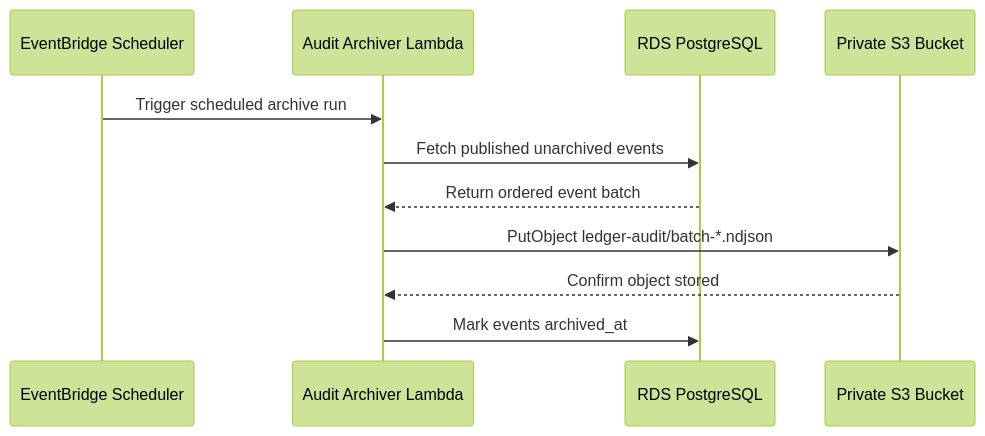
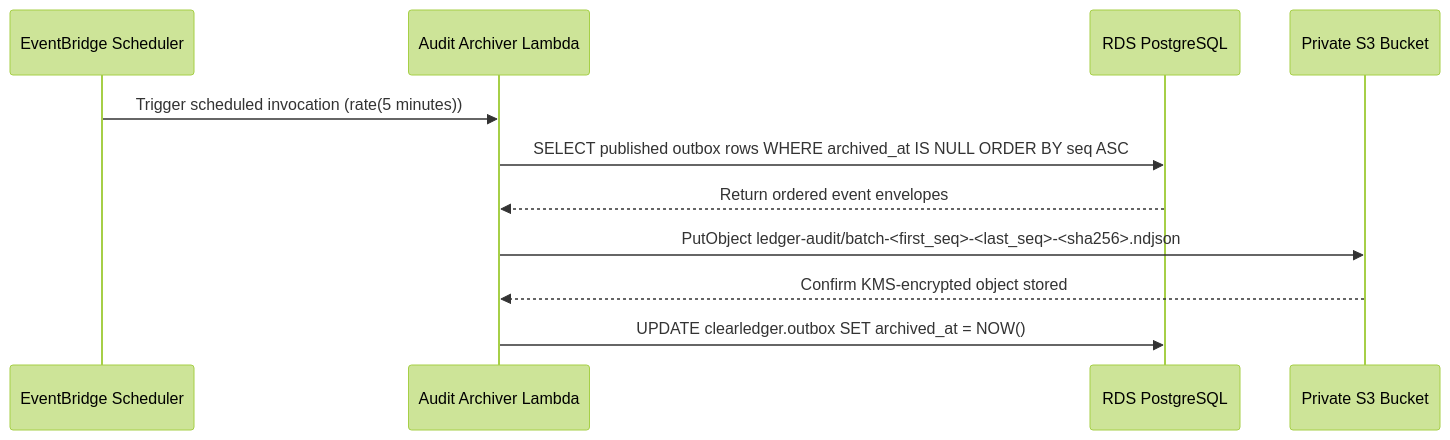
One commit to git-azeez/aw-az-01 changed the eighth of 8 diagrams in reasoning.md. Above: the diagram before and after it, drawn with Mermaid (forest theme). The commit also changed other lines of this file and 1 other file, not shown here.

````diff
--- a/reasoning.md
+++ b/reasoning.md
@@ -264,14 +264,14 @@
 ```mermaid
 sequenceDiagram
     participant Scheduler as EventBridge Scheduler
     participant Archiver as Audit Archiver Lambda
     participant RDS as RDS PostgreSQL
     participant S3 as Private S3 Bucket
 
-    Scheduler->>Archiver: Trigger scheduled archive run
-    Archiver->>RDS: Fetch published unarchived events
-    RDS-->>Archiver: Return ordered event batch
-    Archiver->>S3: PutObject ledger-audit/batch-*.ndjson
-    S3-->>Archiver: Confirm object stored
-    Archiver->>RDS: Mark events archived_at
+    Scheduler->>Archiver: Trigger scheduled invocation (rate(5 minutes))
+    Archiver->>RDS: SELECT published outbox rows WHERE archived_at IS NULL ORDER BY seq ASC
+    RDS-->>Archiver: Return ordered event envelopes
+    Archiver->>S3: PutObject ledger-audit/batch-<first_seq>-<last_seq>-<sha256>.ndjson
+    S3-->>Archiver: Confirm KMS-encrypted object stored
+    Archiver->>RDS: UPDATE clearledger.outbox SET archived_at = NOW()
 ```
````
